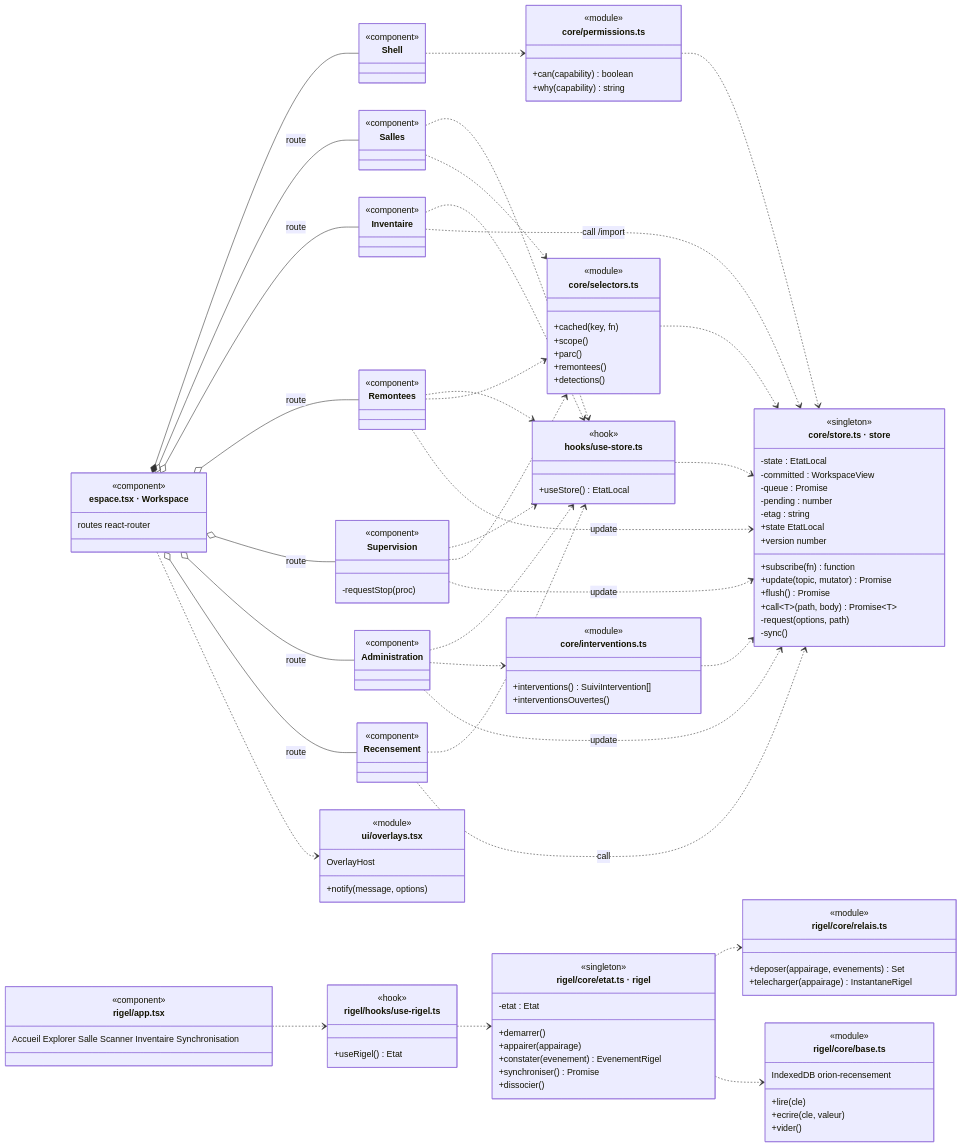
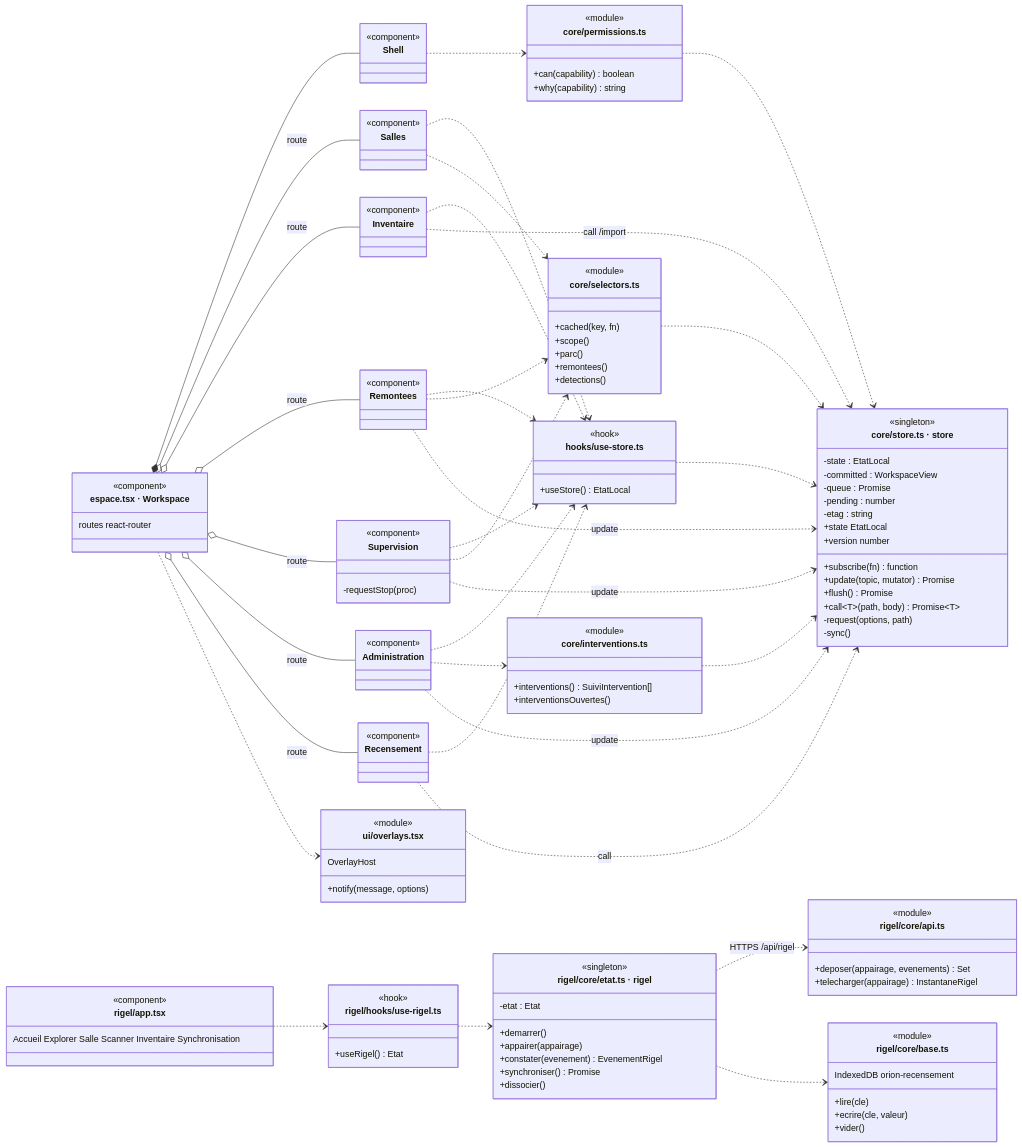
One commit to bpierrelouis/aster changed the third of 3 diagrams in docs/02-ANALYSE/04-CONCEPTION/27-DIAGRAMME-CLASSES-CONCEPTION.md. Above: the diagram before and after it, drawn with Mermaid. The commit also changed other lines of this file and 12 other files, not shown here.

First line of the commit message:
docs: présenter RIGEL selon l'architecture cible

````diff
--- a/docs/02-ANALYSE/04-CONCEPTION/27-DIAGRAMME-CLASSES-CONCEPTION.md
+++ b/docs/02-ANALYSE/04-CONCEPTION/27-DIAGRAMME-CLASSES-CONCEPTION.md
@@ -388,7 +351,7 @@
         +synchroniser() Promise
         +dissocier()
     }
-    class RelaisClient["rigel/core/relais.ts"] {
+    class ApiRigel["rigel/core/api.ts"] {
         <<module>>
         +deposer(appairage, evenements) Set
         +telecharger(appairage) InstantaneRigel
@@ -431,6 +394,6 @@
     Workspace ..> Overlays
     RigelApp ..> UseRigel
     UseRigel ..> EtatRigel
-    EtatRigel ..> RelaisClient
+    EtatRigel ..> ApiRigel : HTTPS /api/rigel
     EtatRigel ..> BaseLocale
 ```
````
